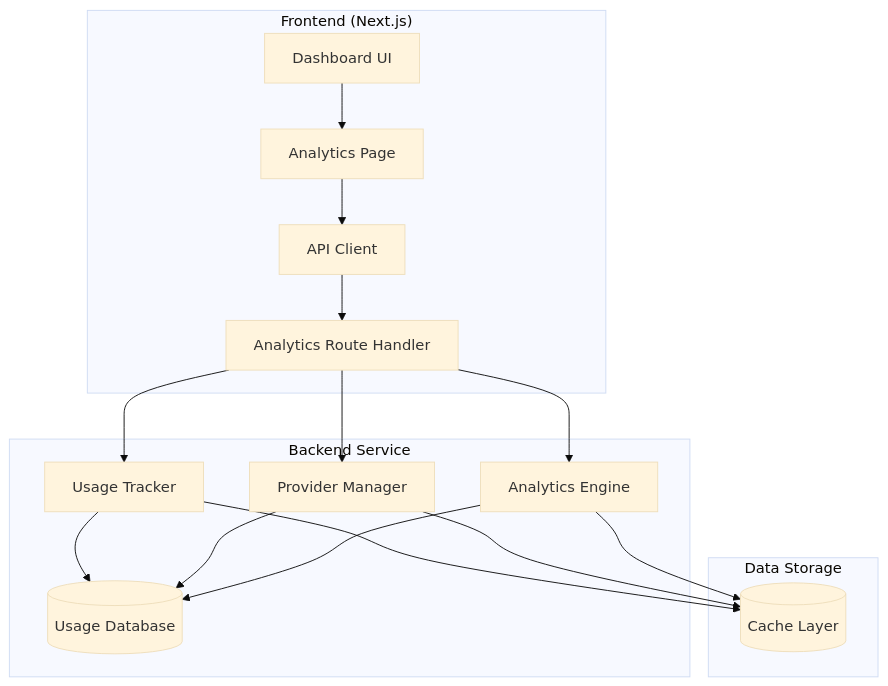
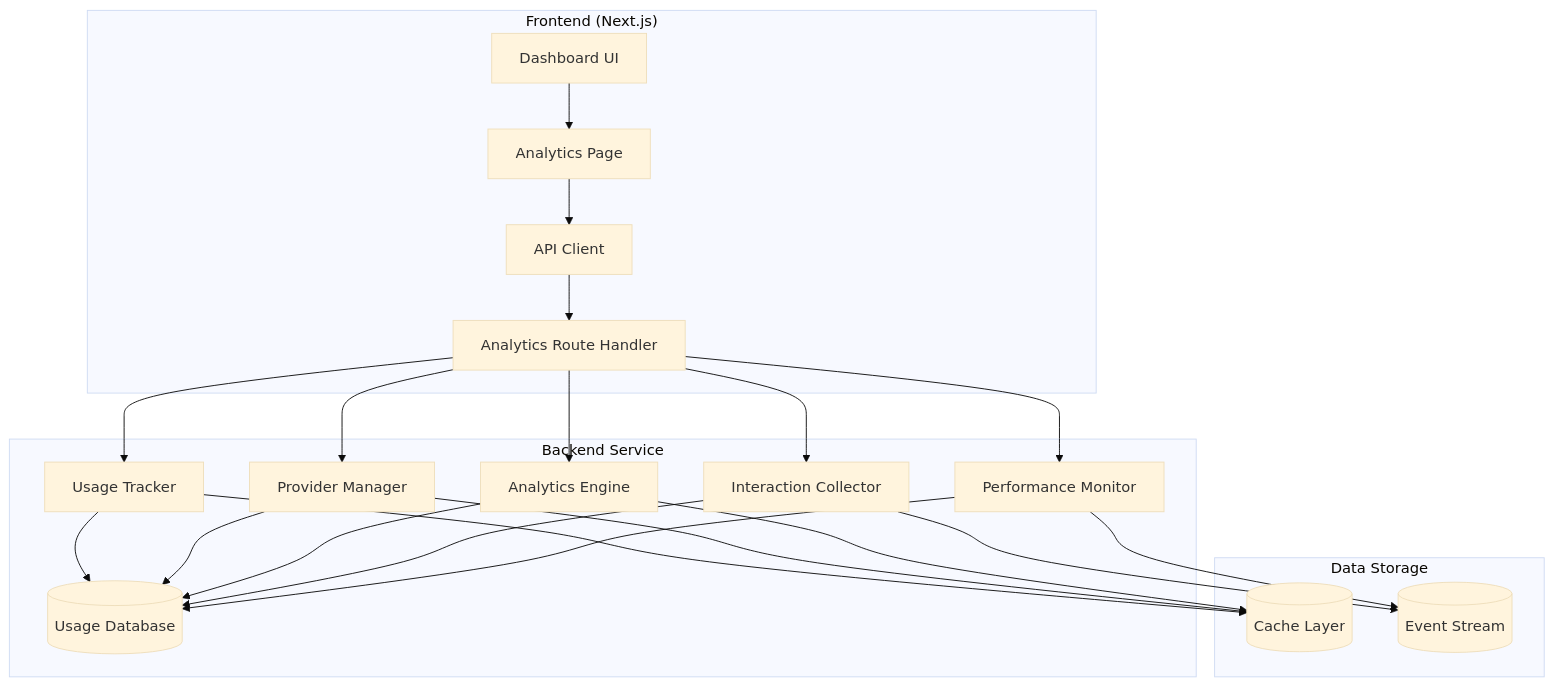
One commit to HassanAmeer/cheaprouter changed the first of 5 diagrams in .qoder/repowiki/en/content/API Reference/Analytics API.md. Above: the diagram before and after it, drawn with Mermaid (base theme). The commit also changed other lines of this file and 54 other files, not shown here.

````diff
--- a/.qoder/repowiki/en/content/API Reference/Analytics API.md
+++ b/.qoder/repowiki/en/content/API Reference/Analytics API.md
@@ -42,23 +52,30 @@
 ```mermaid
 graph TB
 subgraph "Frontend (Next.js)"
 A[Dashboard UI] --> B[Analytics Page]
 B --> C[API Client]
 C --> D[Analytics Route Handler]
 end
 subgraph "Backend Service"
 E[Usage Tracker] --> F[Database Layer]
 G[Provider Manager] --> F
 H[Analytics Engine] --> F
+I[Interaction Collector] --> F
+J[Performance Monitor] --> F
 end
 subgraph "Data Storage"
 F[(Usage Database)]
-I[(Cache Layer)]
+K[(Cache Layer)]
+L[(Event Stream)]
 end
 D --> E
 D --> G
 D --> H
-E --> I
-G --> I
-H --> I
+D --> I
+D --> J
+E --> K
+G --> K
+H --> K
+I --> L
+J --> L
 ```
````
